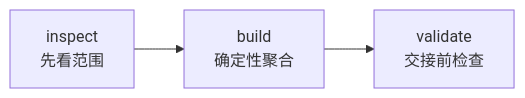
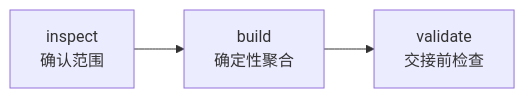
Before and after one commit to JO-WTF/open-web-codex: the first of 2 diagrams in docs/tutorials/supply-chain-agent-tutorial.md, drawn with Mermaid. The commit also changed other lines of this file and 100 other files, not shown here.

````diff
--- a/docs/tutorials/supply-chain-agent-tutorial.md
+++ b/docs/tutorials/supply-chain-agent-tutorial.md
@@ -254,5 +367,5 @@
 ```mermaid
 flowchart LR
-    I["inspect<br/>先看范围"] --> B["build<br/>确定性聚合"]
+    I["inspect<br/>确认范围"] --> B["build<br/>确定性聚合"]
     B --> V["validate<br/>交接前检查"]
 ```
````
